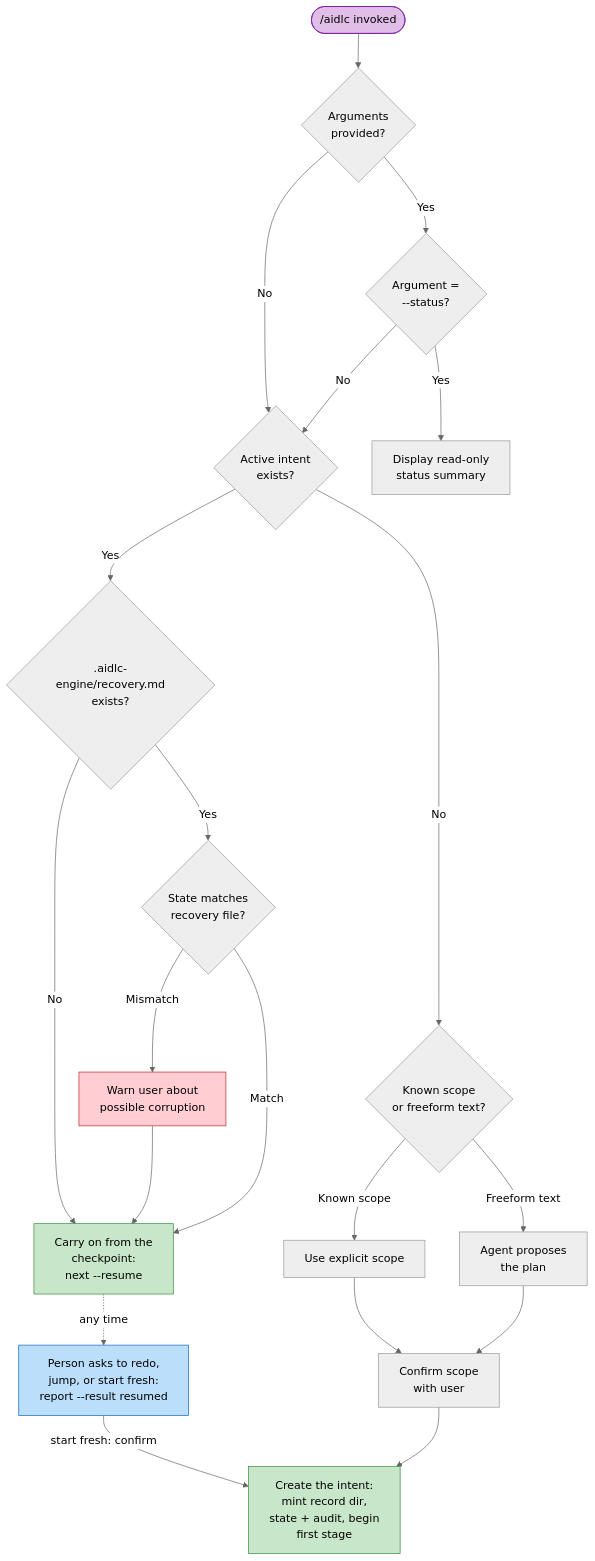
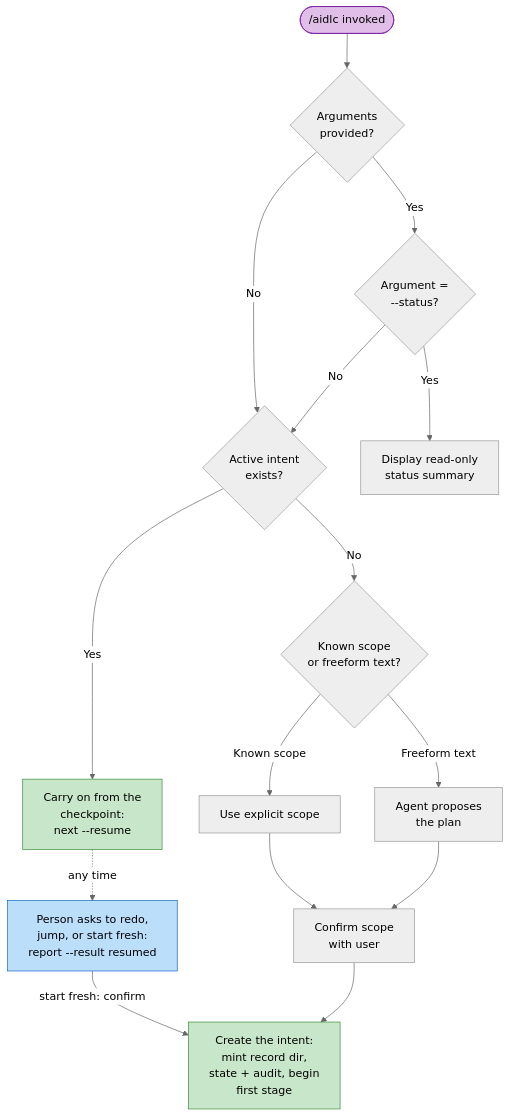
Before and after one commit to awslabs/aidlc-workflows: the eighth of 12 diagrams in docs/reference/diagrams.md, drawn with Mermaid (neutral theme). The commit also changed other lines of this file and 23 other files, not shown here.

````diff
--- a/docs/reference/diagrams.md
+++ b/docs/reference/diagrams.md
@@ -386,48 +386,39 @@
 ```mermaid
 flowchart TD
     START(["/aidlc invoked"])
     ARG_CHECK{"Arguments\nprovided?"}
     STATUS_CHECK{"Argument =\n--status?"}
     STATE_EXISTS{"Active intent\nexists?"}
-    RECOVERY_CHECK{".aidlc-engine/recovery.md\nexists?"}
-    CORRUPTION{"State matches\nrecovery file?"}
-    WARN["Warn user about\npossible corruption"]
 
     CONTINUE["Carry on from the\ncheckpoint:\nnext --resume"]
     OTHER["Person asks to redo,\njump, or start fresh:\nreport --result resumed"]
 
     STATUS_DISPLAY["Display read-only\nstatus summary"]
     SCOPE_DETECT{"Known scope\nor freeform text?"}
     KNOWN_SCOPE["Use explicit scope"]
     FREEFORM["Agent proposes\nthe plan"]
     CONFIRM_SCOPE["Confirm scope\nwith user"]
     CREATE["Create the intent:\nmint record dir,\nstate + audit, begin\nfirst stage"]
 
     START --> ARG_CHECK
     ARG_CHECK -->|Yes| STATUS_CHECK
     ARG_CHECK -->|No| STATE_EXISTS
 
     STATUS_CHECK -->|Yes| STATUS_DISPLAY
     STATUS_CHECK -->|No| STATE_EXISTS
 
-    STATE_EXISTS -->|Yes| RECOVERY_CHECK
+    STATE_EXISTS -->|Yes| CONTINUE
     STATE_EXISTS -->|No| SCOPE_DETECT
-
-    RECOVERY_CHECK -->|Yes| CORRUPTION
-    RECOVERY_CHECK -->|No| CONTINUE
-    CORRUPTION -->|Mismatch| WARN --> CONTINUE
-    CORRUPTION -->|Match| CONTINUE
 
     CONTINUE -.->|"any time"| OTHER
     OTHER -->|"start fresh: confirm"| CREATE
 
     SCOPE_DETECT -->|"Known scope"| KNOWN_SCOPE --> CONFIRM_SCOPE
     SCOPE_DETECT -->|"Freeform text"| FREEFORM --> CONFIRM_SCOPE
     CONFIRM_SCOPE --> CREATE
 
     style START fill:#e1bee7,stroke:#7b1fa2,color:#000
     style OTHER fill:#bbdefb,stroke:#1565c0,color:#000
     style CONTINUE fill:#c8e6c9,stroke:#388e3c,color:#000
     style CREATE fill:#c8e6c9,stroke:#388e3c,color:#000
-    style WARN fill:#ffcdd2,stroke:#c62828,color:#000
 ```
````
